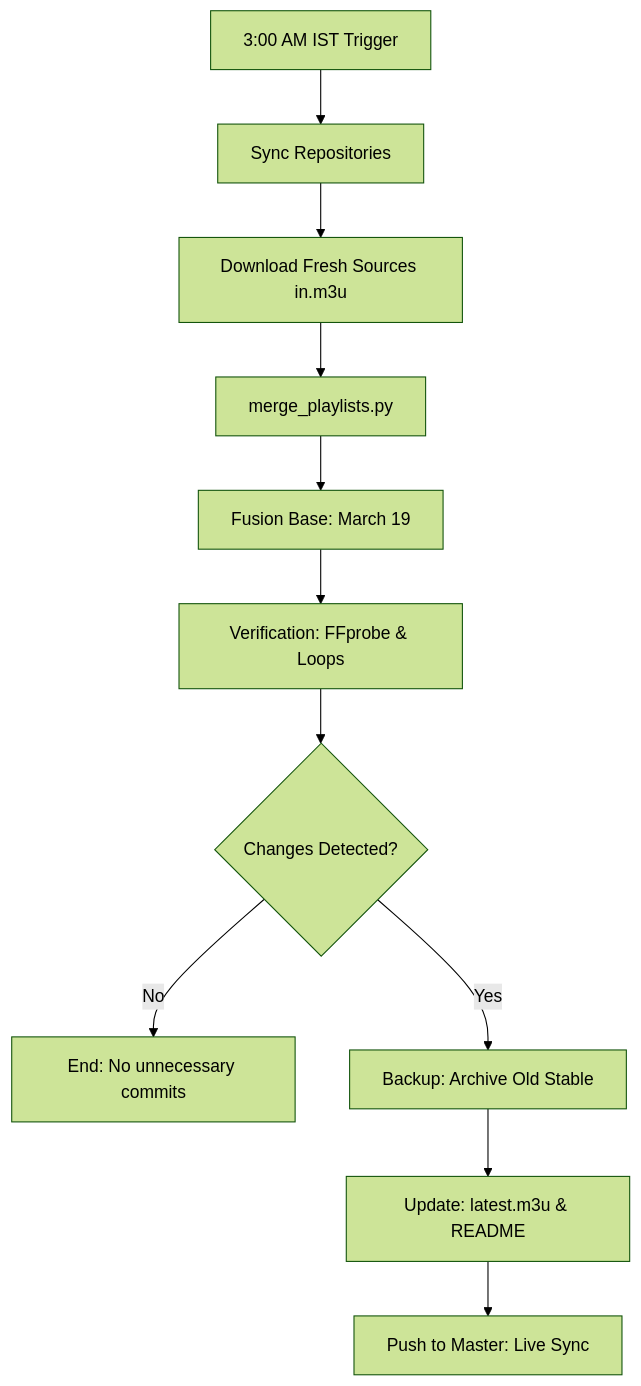
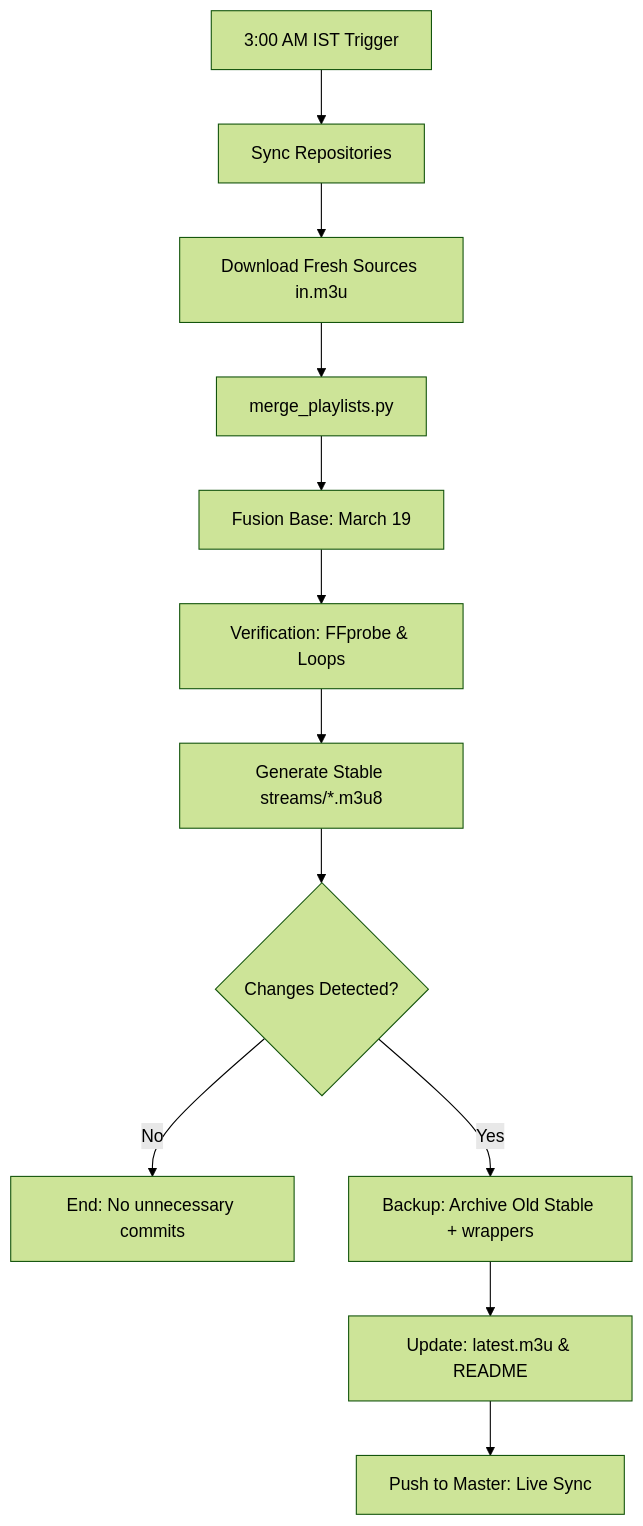
One commit to shahakshay938/shahakshay938.github.io changed the diagram in FLOW.md. Above: the diagram before and after it, drawn with Mermaid (forest theme). The commit also changed other lines of this file and 422 other files, not shown here.

````diff
--- a/FLOW.md
+++ b/FLOW.md
@@ -7,13 +7,14 @@
 ```mermaid
 graph TD
     A[3:00 AM IST Trigger] --> B[Sync Repositories]
     B --> C[Download Fresh Sources in.m3u]
     C --> D[merge_playlists.py]
     D --> E[Fusion Base: March 19]
     E --> F[Verification: FFprobe & Loops]
-    F --> G{Changes Detected?}
-    G -- No --> H[End: No unnecessary commits]
-    G -- Yes --> I[Backup: Archive Old Stable]
-    I --> J[Update: latest.m3u & README]
-    J --> K[Push to Master: Live Sync]
+    F --> G[Generate Stable streams/*.m3u8]
+    G --> H{Changes Detected?}
+    H -- No --> I[End: No unnecessary commits]
+    H -- Yes --> J[Backup: Archive Old Stable + wrappers]
+    J --> K[Update: latest.m3u & README]
+    K --> L[Push to Master: Live Sync]
 ```
````
